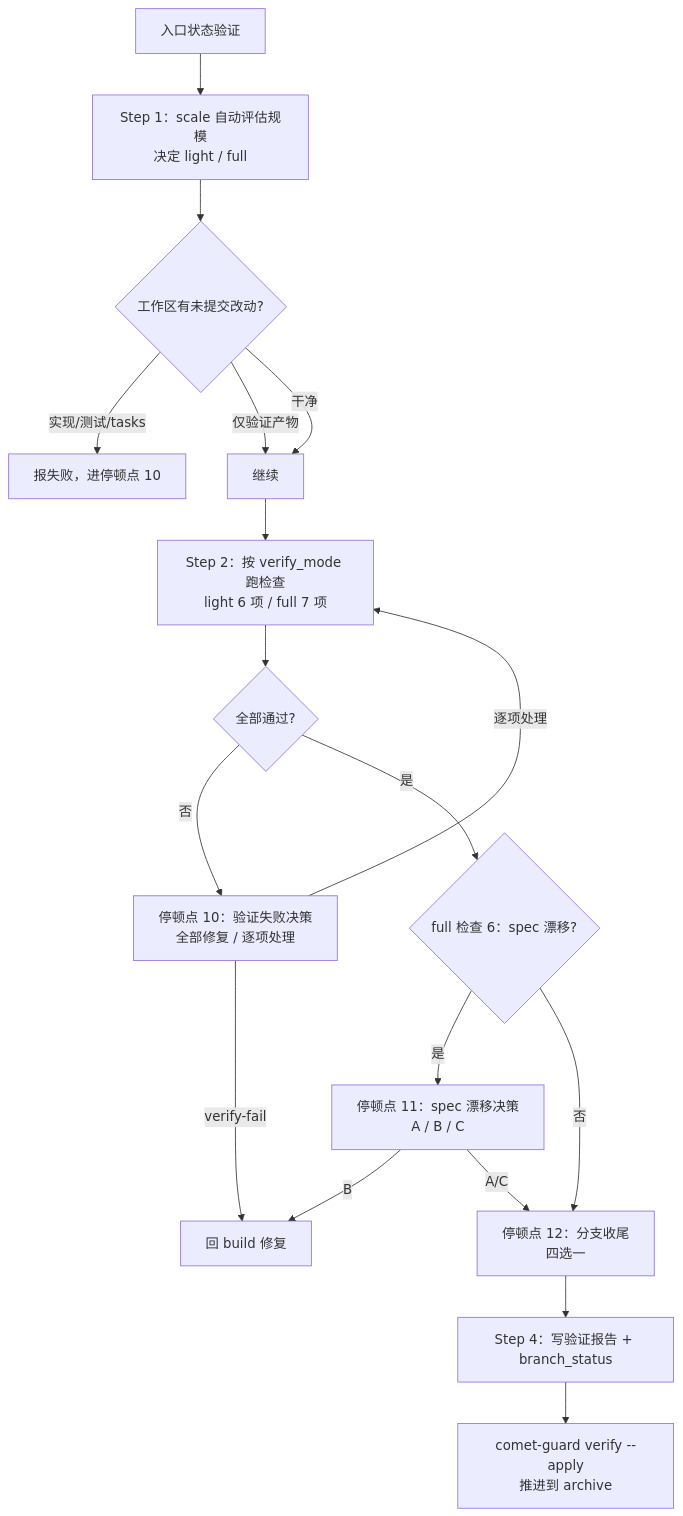
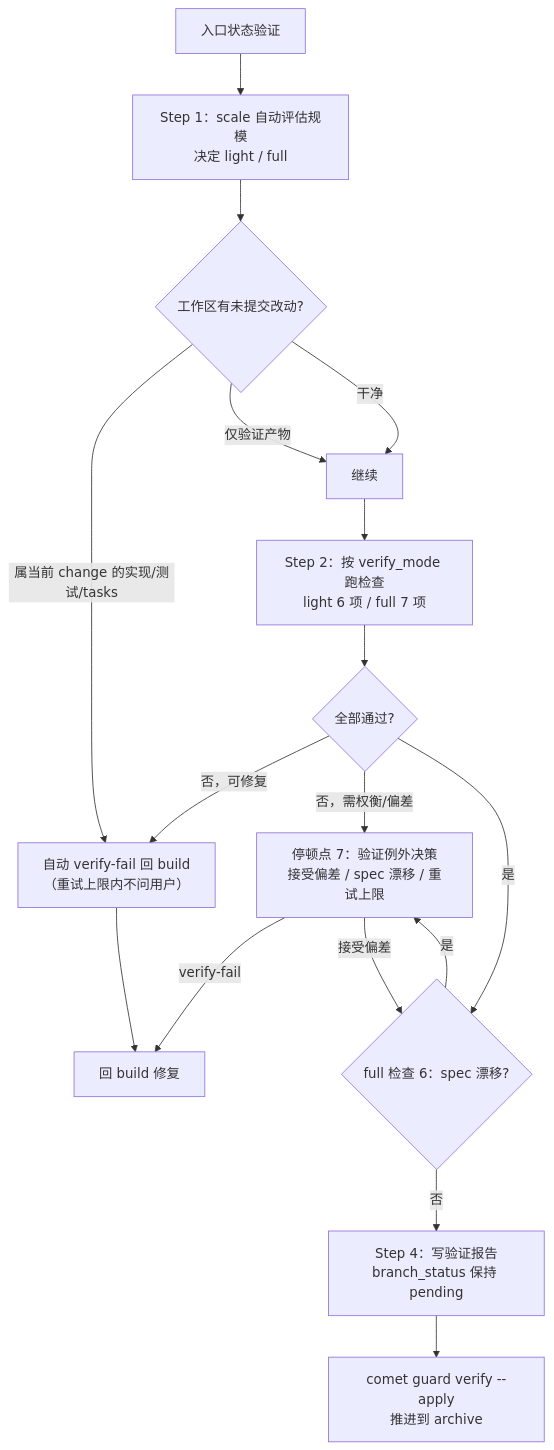
Before and after one commit to rpamis/comet-website-docs: the diagram in zh/phases/verify.mdx, drawn with Mermaid. The commit also changed other lines of this file and 17 other files, not shown here.

````diff
--- a/zh/phases/verify.mdx
+++ b/zh/phases/verify.mdx
@@ -35,20 +37,19 @@
 ```mermaid
 flowchart TD
     Entry["入口状态验证"] --> Scale["Step 1：scale 自动评估规模<br/>决定 light / full"]
     Scale --> Dirty{"工作区有未提交改动?"}
-    Dirty -->|实现/测试/tasks| Fail1b["报失败，进停顿点 10"]
+    Dirty -->|属当前 change 的实现/测试/tasks| Auto["自动 verify-fail 回 build<br/>（重试上限内不问用户）"]
     Dirty -->|仅验证产物| Cont["继续"]
     Dirty -->|干净| Cont
     Cont --> Check["Step 2：按 verify_mode 跑检查<br/>light 6 项 / full 7 项"]
     Check --> Pass{"全部通过?"}
-    Pass -->|否| Stop1b["停顿点 10：验证失败决策<br/>全部修复 / 逐项处理"]
+    Pass -->|否，可修复| Auto
+    Pass -->|否，需权衡/偏差| Stop7["停顿点 7：验证例外决策<br/>接受偏差 / spec 漂移 / 重试上限"]
     Pass -->|是| Drift{"full 检查 6：spec 漂移?"}
-    Stop1b -->|verify-fail| Build["回 build 修复"]
-    Stop1b -->|逐项处理| Check
-    Drift -->|是| Stop2b["停顿点 11：spec 漂移决策<br/>A / B / C"]
-    Drift -->|否| Stop3["停顿点 12：分支收尾<br/>四选一"]
-    Stop2b -->|B| Build
-    Stop2b -->|A/C| Stop3
-    Stop3 --> Record["Step 4：写验证报告 + branch_status"]
-    Record --> Exit["comet-guard verify --apply<br/>推进到 archive"]
+    Auto --> Build["回 build 修复"]
+    Stop7 -->|verify-fail| Build
+    Stop7 -->|接受偏差| Drift
+    Drift -->|是| Stop7
+    Drift -->|否| Record["Step 4：写验证报告<br/>branch_status 保持 pending"]
+    Record --> Exit["comet guard verify --apply<br/>推进到 archive"]
 ```
````
